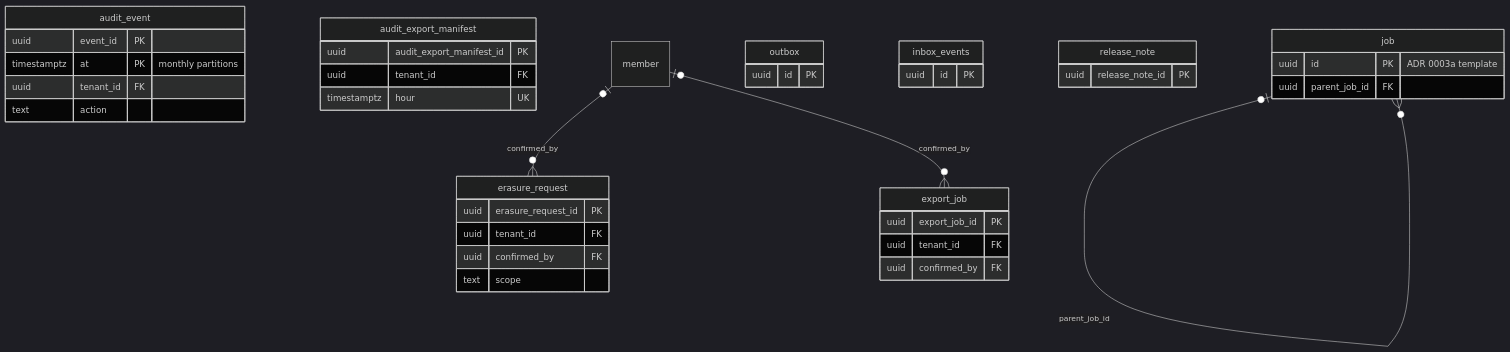
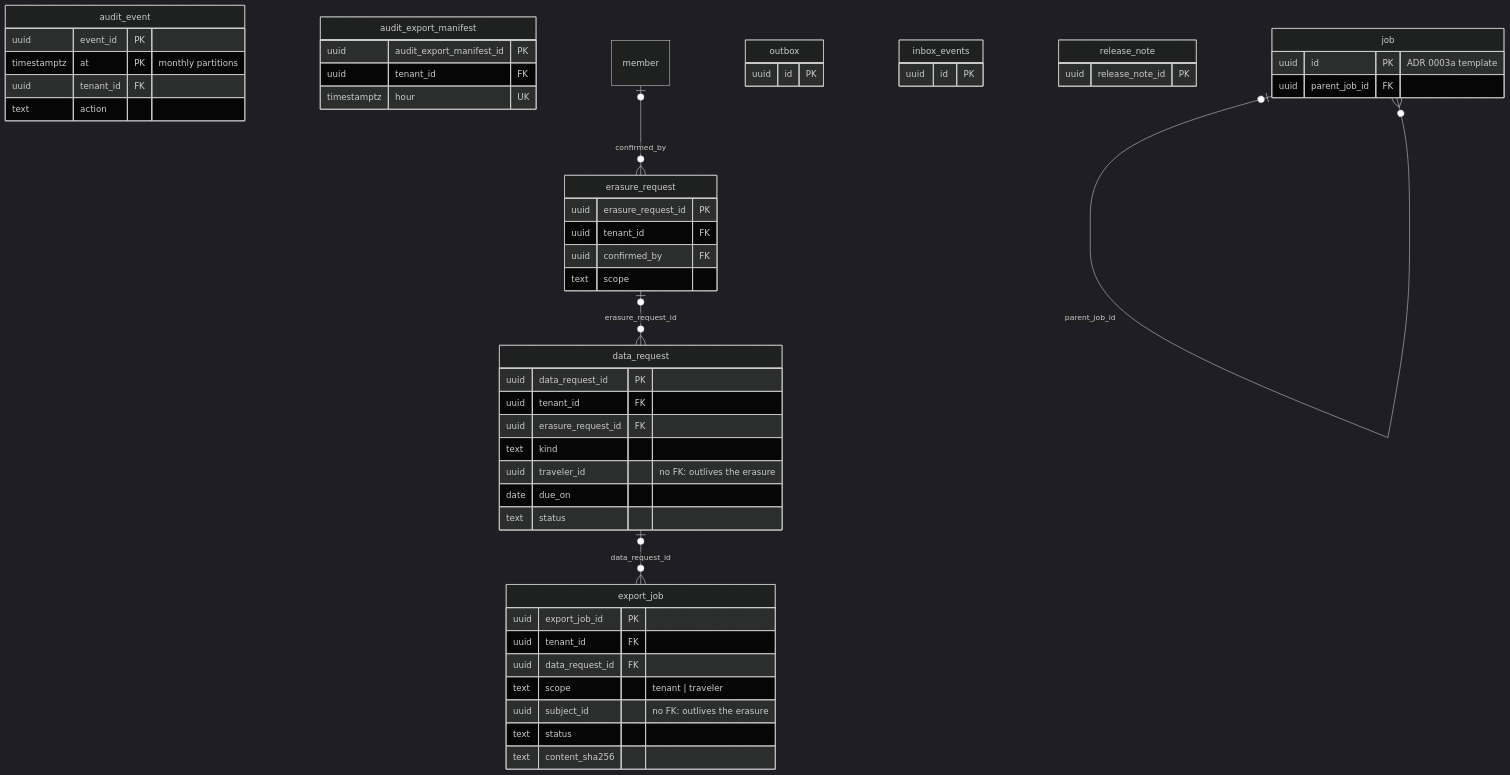
Diagram 13 of 13 in docs/architecture/erd/design/crm.md (AdventureAsia365-Ecosys/AA-Ecosys), drawn with Mermaid (dark theme) before and after one commit. The commit also changed other lines of this file and 1 other file, not shown here.

Commit message:
docs: crm-026 portability exports and the data-request log in the design ERD and the retention register (#380)
## What

- Design ERD (`docs/architecture/erd/design/crm.md`): `crm.export_job`
and `crm.data_request` (crm-026, AA-967), plus the new
`crm.erasure_request` columns `erase_not_before` and `verified_at`.
- Retention register
(`docs/architecture/data-standards/02-data-management.md`): a row for
`crm.data_request`, kept like the erasure receipts. `crm.export_job`
already sits in the "kept: erasure receipts" row.

## Why first

The AA-CIS-Infra migration copy of crm-026 runs the retention-rows check
against root `master`. This PR must merge before the copy PR that
`migration-sync.yml` opens after the AA-Partner migration PR merges.

Rebased on master 7a5e269 (S260 fix pass). No content change in this
pass.

Refs AA-967

🤖 Generated with [Claude Code](https://claude.com/claude-code)

````diff
--- a/docs/architecture/erd/design/crm.md
+++ b/docs/architecture/erd/design/crm.md
@@ -880,41 +881,55 @@
 ```mermaid
 erDiagram
     audit_event {
         uuid event_id PK
         timestamptz at PK "monthly partitions"
         uuid tenant_id FK
         text action
     }
     audit_export_manifest {
         uuid audit_export_manifest_id PK
         uuid tenant_id FK
         timestamptz hour UK
     }
     erasure_request {
         uuid erasure_request_id PK
         uuid tenant_id FK
         uuid confirmed_by FK
         text scope
     }
     export_job {
         uuid export_job_id PK
         uuid tenant_id FK
-        uuid confirmed_by FK
+        uuid data_request_id FK
+        text scope "tenant | traveler"
+        uuid subject_id "no FK: outlives the erasure"
+        text status
+        text content_sha256
+    }
+    data_request {
+        uuid data_request_id PK
+        uuid tenant_id FK
+        uuid erasure_request_id FK
+        text kind
+        uuid traveler_id "no FK: outlives the erasure"
+        date due_on
+        text status
     }
     job {
         uuid id PK "ADR 0003a template"
         uuid parent_job_id FK
     }
     outbox {
         uuid id PK
     }
     inbox_events {
         uuid id PK
     }
     release_note {
         uuid release_note_id PK
     }
     member |o--o{ erasure_request : "confirmed_by"
-    member |o--o{ export_job : "confirmed_by"
+    data_request |o--o{ export_job : "data_request_id"
+    erasure_request |o--o{ data_request : "erasure_request_id"
     job |o--o{ job : "parent_job_id"
 ```
````
